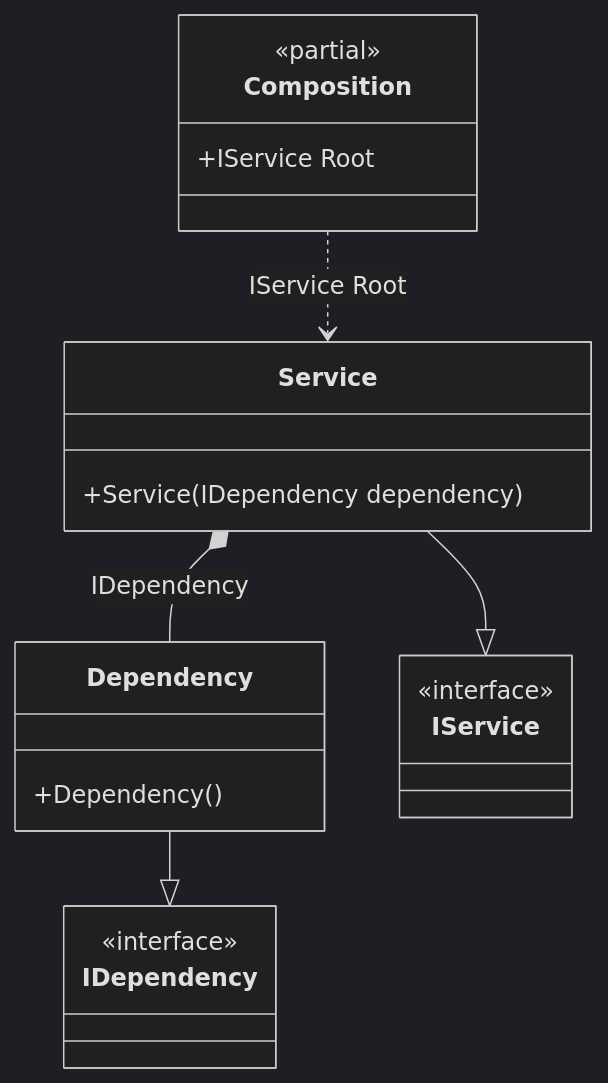
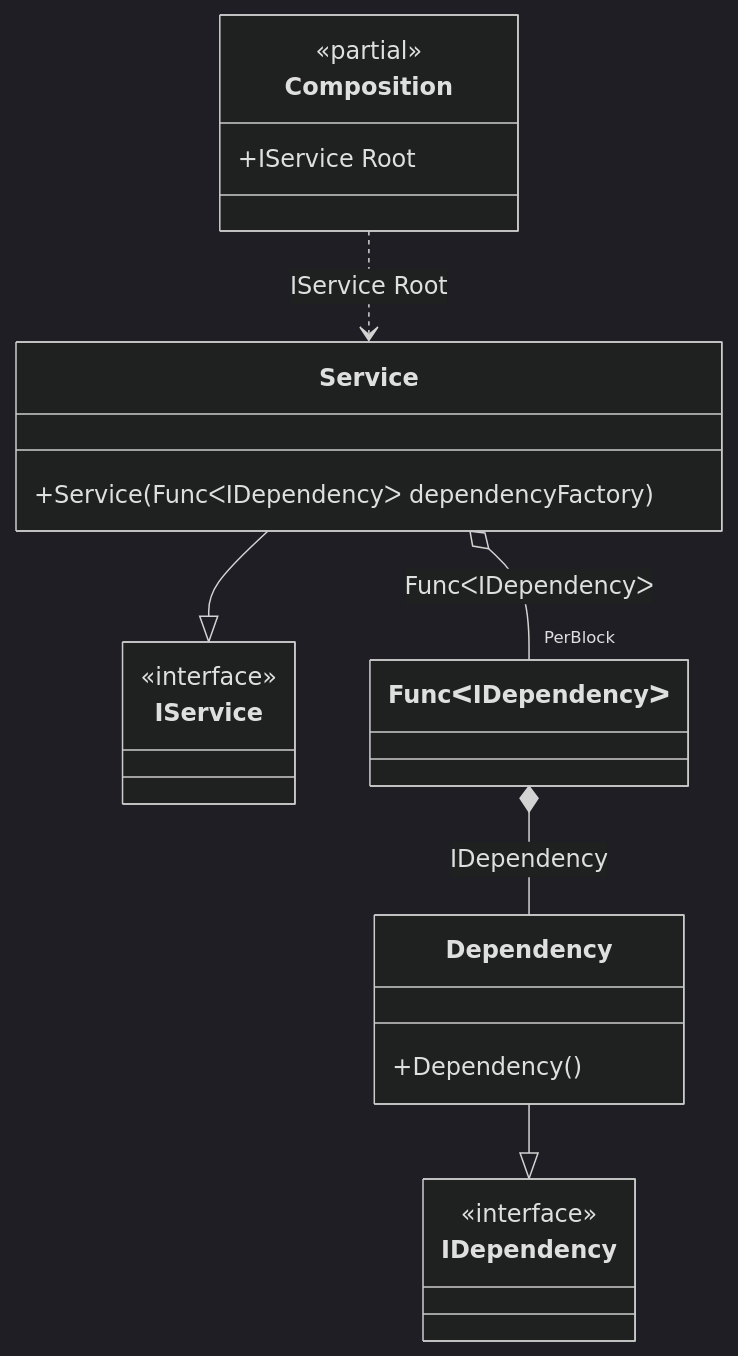
One commit to DevTeam/Pure.DI changed the diagram in readme/threadsafe-hint.md. Above: the diagram before and after it, drawn with Mermaid (dark theme). The commit also changed other lines of this file and 92 other files, not shown here.

````diff
--- a/readme/threadsafe-hint.md
+++ b/readme/threadsafe-hint.md
@@ -63,23 +75,25 @@
 ```mermaid
 classDiagram
 	class Composition {
 		<<partial>>
 		+IService Root
 	}
+	Service --|> IService
+	class Service {
+		+Service(FuncᐸIDependencyᐳ dependencyFactory)
+	}
+	class FuncᐸIDependencyᐳ
 	Dependency --|> IDependency
 	class Dependency {
 		+Dependency()
 	}
-	Service --|> IService
-	class Service {
-		+Service(IDependency dependency)
+	class IService {
+		<<interface>>
 	}
 	class IDependency {
 		<<interface>>
 	}
-	class IService {
-		<<interface>>
-	}
 	Composition ..> Service : IService Root
-	Service *--  Dependency : IDependency
+	Service o-- "PerBlock" FuncᐸIDependencyᐳ : FuncᐸIDependencyᐳ
+	FuncᐸIDependencyᐳ *--  Dependency : IDependency
 ```
````
